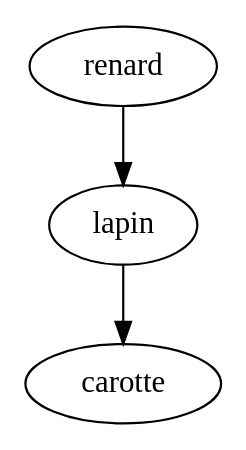
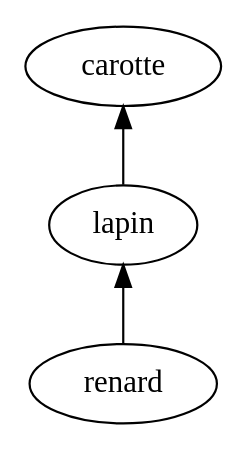
The diagram in test.dot (GTHBgaby/4H-ReseauxTrophiques), drawn with Graphviz before and after one commit. The commit also changed 2 other files, not shown here.

```diff
--- a/test.dot
+++ b/test.dot
@@ -1,4 +1,5 @@
 digraph mongraphe {
+    rankdir=BT;
     renard -> lapin
     lapin -> carotte
 }
```
